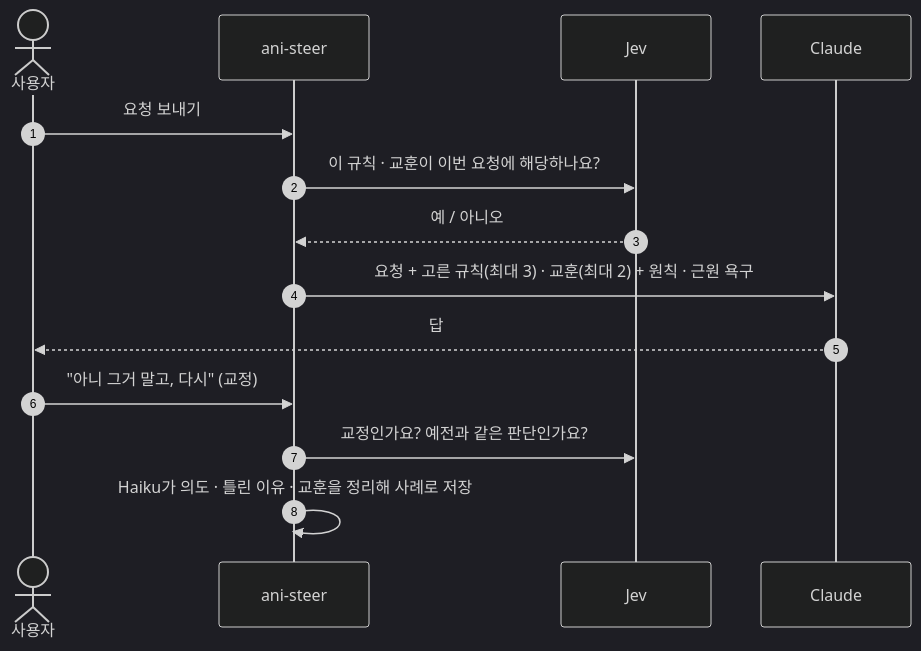
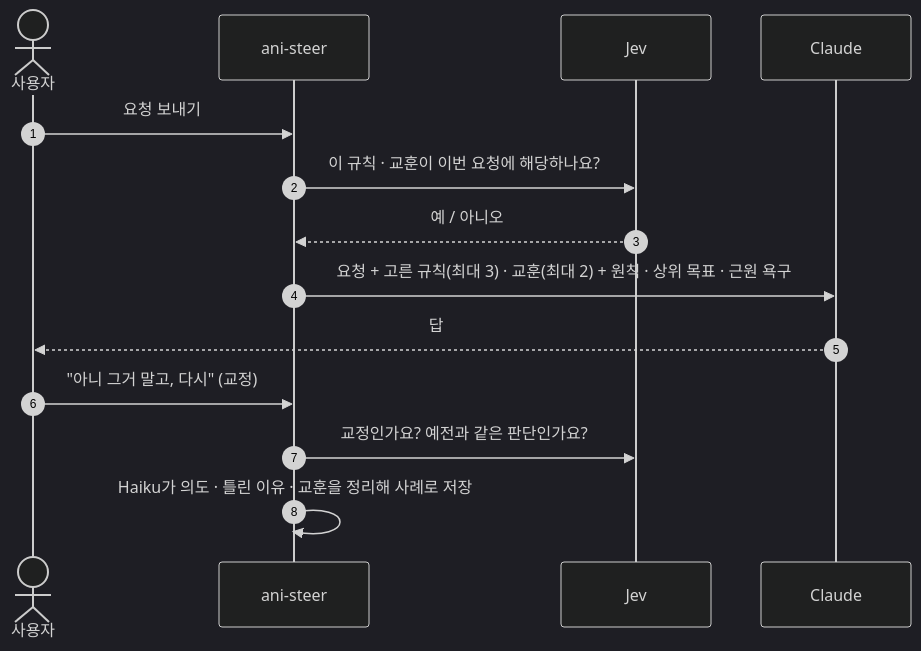
The diagram in README.md (ThingsLikeClaude/ani-steer), drawn with Mermaid (dark theme) before and after one commit. The commit also changed other lines of this file and 5 other files, not shown here.

````diff
--- a/README.md
+++ b/README.md
@@ -60,17 +61,17 @@
 ```mermaid
 sequenceDiagram
     autonumber
     actor U as 사용자
     participant A as ani-steer
     participant J as Jev
     participant C as Claude
 
     U->>A: 요청 보내기
     A->>J: 이 규칙 · 교훈이 이번 요청에 해당하나요?
     J-->>A: 예 / 아니오
-    A->>C: 요청 + 고른 규칙(최대 3) · 교훈(최대 2) + 원칙 · 근원 욕구
+    A->>C: 요청 + 고른 규칙(최대 3) · 교훈(최대 2) + 원칙 · 상위 목표 · 근원 욕구
     C-->>U: 답
     U->>A: "아니 그거 말고, 다시" (교정)
     A->>J: 교정인가요? 예전과 같은 판단인가요?
     A->>A: Haiku가 의도 · 틀린 이유 · 교훈을 정리해 사례로 저장
 ```
````
